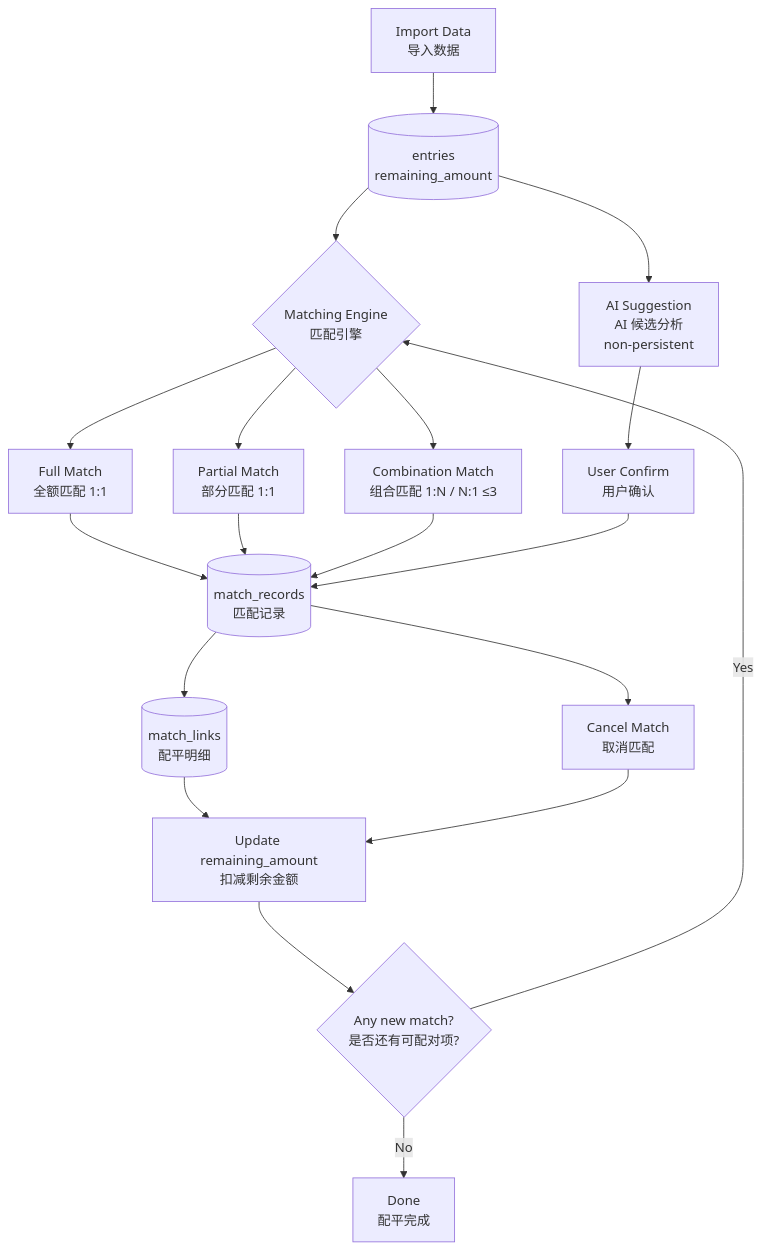
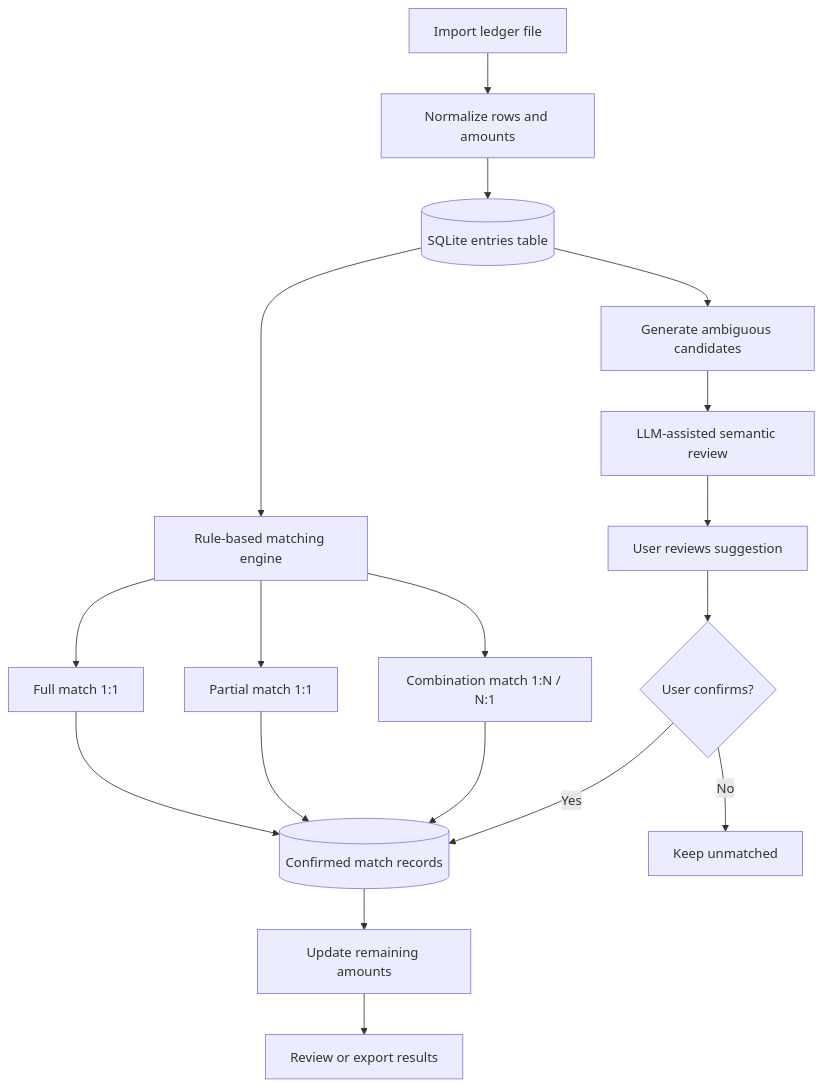
The first of 2 diagrams in README.md (Shelikeit69/ledger-balance-tool), drawn with Mermaid before and after one commit. The commit also changed other lines of this file and 2 other files, not shown here.

````diff
--- a/README.md
+++ b/README.md
@@ -22,24 +38,20 @@
 ```mermaid
 flowchart TD
-    A[Import Data\n导入数据] --> B[(entries\nremaining_amount)]
-
-    B --> C{Matching Engine\n匹配引擎}
-
-    C --> C1[Full Match\n全额匹配 1:1]
-    C --> C2[Partial Match\n部分匹配 1:1]
-    C --> C3[Combination Match\n组合匹配 1:N / N:1 ≤3]
-
-    C1 & C2 & C3 --> D[(match_records\n匹配记录)]
-    D --> E[(match_links\n配平明细)]
-    E --> F[Update remaining_amount\n扣减剩余金额]
-    F --> G{Any new match?\n是否还有可配对项?}
-    G -- Yes --> C
-    G -- No --> H[Done\n配平完成]
-
-    B --> I[AI Suggestion\nAI 候选分析\nnon-persistent]
-    I --> J[User Confirm\n用户确认]
-    J --> D
-
-    D --> K[Cancel Match\n取消匹配]
-    K --> F
+    A[Import ledger file] --> B[Normalize rows and amounts]
+    B --> C[(SQLite entries table)]
+    C --> D[Rule-based matching engine]
+    D --> D1[Full match 1:1]
+    D --> D2[Partial match 1:1]
+    D --> D3[Combination match 1:N / N:1]
+    D1 --> E[(Confirmed match records)]
+    D2 --> E
+    D3 --> E
+    C --> F[Generate ambiguous candidates]
+    F --> G[LLM-assisted semantic review]
+    G --> H[User reviews suggestion]
+    H --> I{User confirms?}
+    I -->|Yes| E
+    I -->|No| J[Keep unmatched]
+    E --> K[Update remaining amounts]
+    K --> L[Review or export results]
 ```
````
